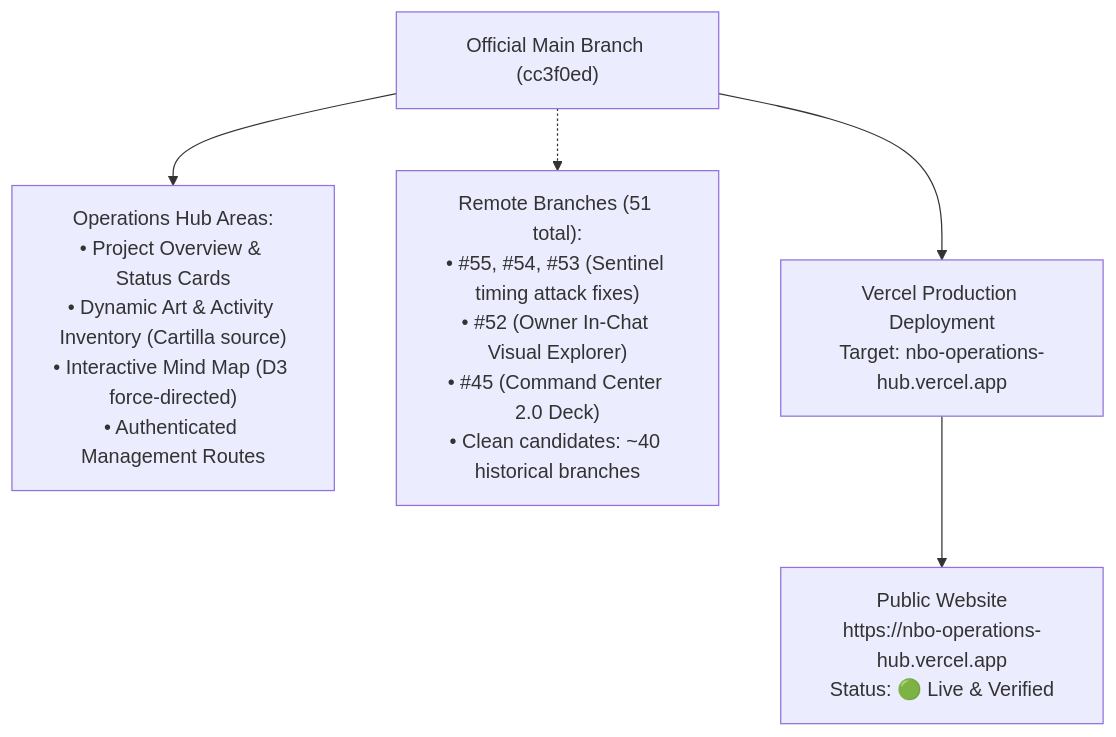
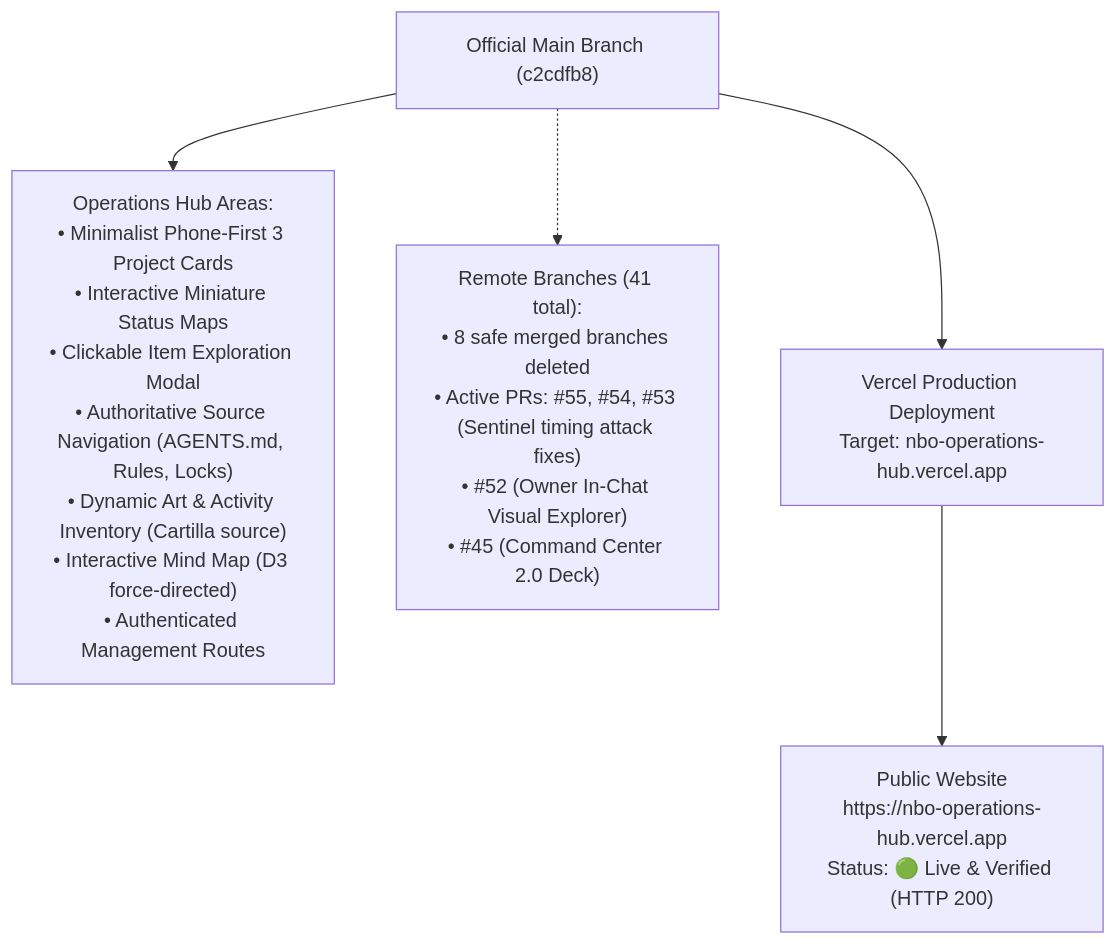
The first of 2 diagrams in docs/OWNER-VISUAL-STATUS.md (ejnburrows-rgb/Command-Center-), drawn with Mermaid before and after one commit. The commit also changed other lines of this file and 2 other files, not shown here.

Commit message:
feat(hub): upgrade to phone-first minimalist 3-project overview with clickable exploration and status maps

````diff
--- a/docs/OWNER-VISUAL-STATUS.md
+++ b/docs/OWNER-VISUAL-STATUS.md
@@ -15,13 +15,13 @@
 ```mermaid
 flowchart TD
-    MAIN["Official Main Branch (cc3f0ed)"]
-    AREAS["Operations Hub Areas:<br/>• Project Overview & Status Cards<br/>• Dynamic Art & Activity Inventory (Cartilla source)<br/>• Interactive Mind Map (D3 force-directed)<br/>• Authenticated Management Routes"]
-    BRANCHES["Remote Branches (51 total):<br/>• #55, #54, #53 (Sentinel timing attack fixes)<br/>• #52 (Owner In-Chat Visual Explorer)<br/>• #45 (Command Center 2.0 Deck)<br/>• Clean candidates: ~40 historical branches"]
+    MAIN["Official Main Branch (c2cdfb8)"]
+    AREAS["Operations Hub Areas:<br/>• Minimalist Phone-First 3 Project Cards<br/>• Interactive Miniature Status Maps<br/>• Clickable Item Exploration Modal<br/>• Authoritative Source Navigation (AGENTS.md, Rules, Locks)<br/>• Dynamic Art & Activity Inventory (Cartilla source)<br/>• Interactive Mind Map (D3 force-directed)<br/>• Authenticated Management Routes"]
+    BRANCHES["Remote Branches (41 total):<br/>• 8 safe merged branches deleted<br/>• Active PRs: #55, #54, #53 (Sentinel timing attack fixes)<br/>• #52 (Owner In-Chat Visual Explorer)<br/>• #45 (Command Center 2.0 Deck)"]
     VERCEL["Vercel Production Deployment<br/>Target: nbo-operations-hub.vercel.app"]
-    LIVE["Public Website<br/>https://nbo-operations-hub.vercel.app<br/>Status: 🟢 Live & Verified"]
+    LIVE["Public Website<br/>https://nbo-operations-hub.vercel.app<br/>Status: 🟢 Live & Verified (HTTP 200)"]
 
     MAIN --> AREAS
     MAIN -.-> BRANCHES
     MAIN --> VERCEL
     VERCEL --> LIVE
 ```
````
